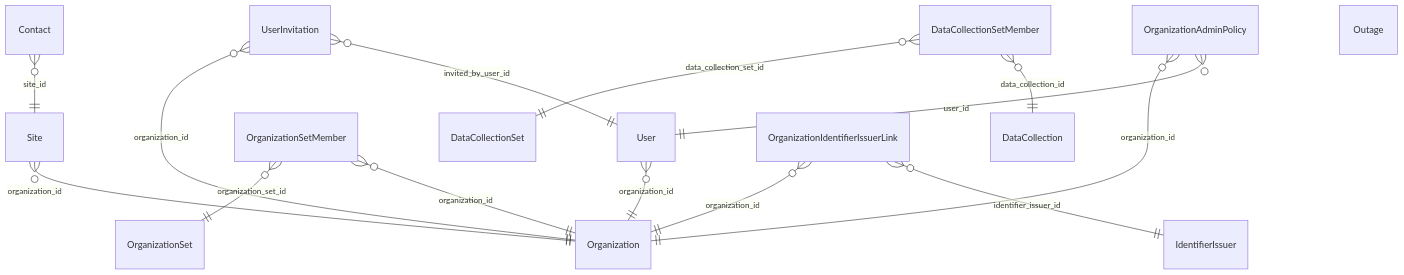
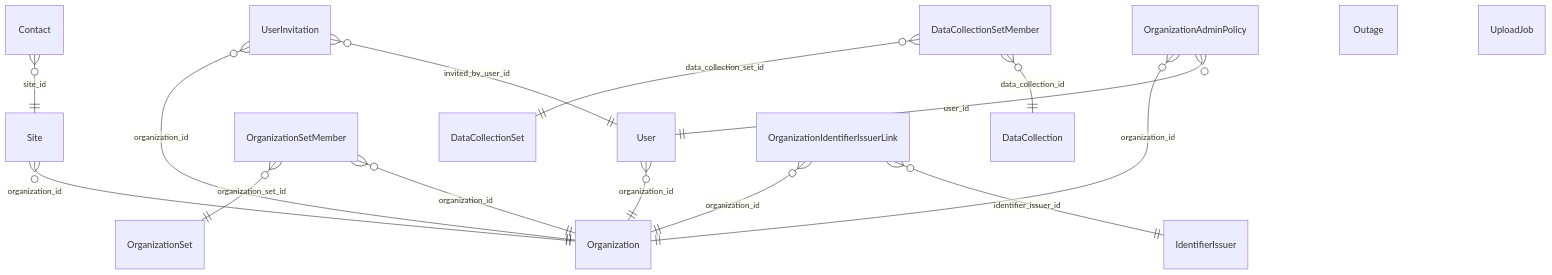
One commit to RIVM-bioinformatics/gen-epix-api changed the diagram in docs/erm/commondb.md. Above: the diagram before and after it, drawn with Mermaid. The commit also changed other lines of this file and 79 other files, not shown here.

````diff
--- a/docs/erm/commondb.md
+++ b/docs/erm/commondb.md
@@ -5,23 +5,26 @@
 ```mermaid
 erDiagram
     %% commondb — all persistable entities (simplified)
 
     %% Relationships
     Site }o--|| Organization : "organization_id"
     User }o--|| Organization : "organization_id"
     OrganizationSetMember }o--|| OrganizationSet : "organization_set_id"
     OrganizationSetMember }o--|| Organization : "organization_id"
     DataCollectionSetMember }o--|| DataCollectionSet : "data_collection_set_id"
     DataCollectionSetMember }o--|| DataCollection : "data_collection_id"
     OrganizationIdentifierIssuerLink }o--|| Organization : "organization_id"
     OrganizationIdentifierIssuerLink }o--|| IdentifierIssuer : "identifier_issuer_id"
     Contact }o--|| Site : "site_id"
     UserInvitation }o--|| Organization : "organization_id"
     UserInvitation }o--|| User : "invited_by_user_id"
     OrganizationAdminPolicy }o--|| Organization : "organization_id"
     OrganizationAdminPolicy }o--|| User : "user_id"
 
     Outage {
     }
 
+    UploadJob {
+    }
+
 ```
````
